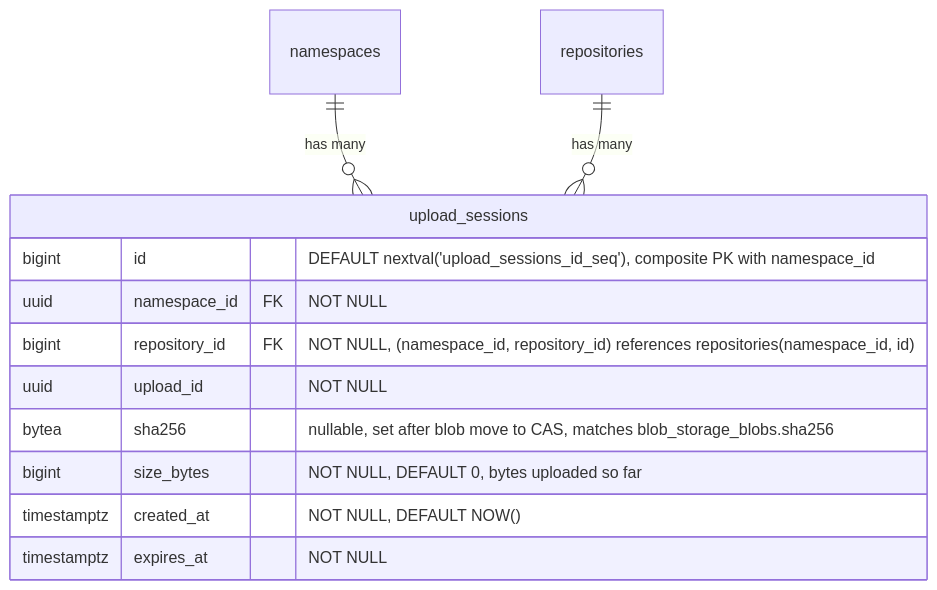
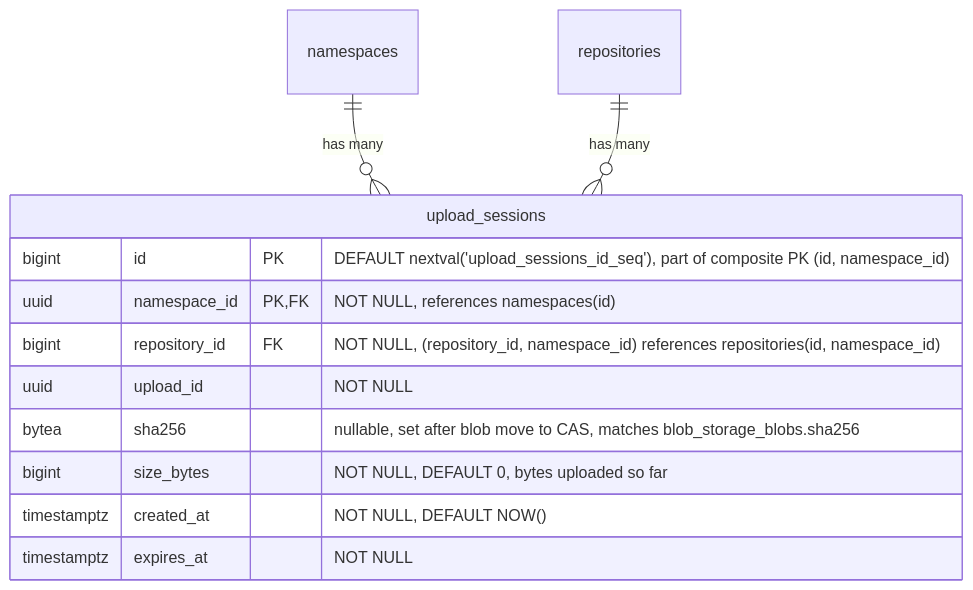
Before and after one commit to kyama0/gitlab-handbook-ja: diagram 17 of 19 in content/handbook/engineering/architecture/design-documents/artifact_registry/decisions/007_database_schema.md, drawn with Mermaid. The commit also changed other lines of this file and 7 other files, not shown here.

````diff
--- a/content/handbook/engineering/architecture/design-documents/artifact_registry/decisions/007_database_schema.md
+++ b/content/handbook/engineering/architecture/design-documents/artifact_registry/decisions/007_database_schema.md
@@ -1344,16 +1415,16 @@
 ```mermaid
 erDiagram
     namespaces ||--o{ upload_sessions : "has many"
     repositories ||--o{ upload_sessions : "has many"
 
     upload_sessions {
-        bigint id "DEFAULT nextval('upload_sessions_id_seq'), composite PK with namespace_id"
-        uuid namespace_id FK "NOT NULL"
-        bigint repository_id FK "NOT NULL, (namespace_id, repository_id) references repositories(namespace_id, id)"
+        bigint id PK "DEFAULT nextval('upload_sessions_id_seq'), part of composite PK (id, namespace_id)"
+        uuid namespace_id PK,FK "NOT NULL, references namespaces(id)"
+        bigint repository_id FK "NOT NULL, (repository_id, namespace_id) references repositories(id, namespace_id)"
         uuid upload_id "NOT NULL"
         bytea sha256 "nullable, set after blob move to CAS, matches blob_storage_blobs.sha256"
         bigint size_bytes "NOT NULL, DEFAULT 0, bytes uploaded so far"
         timestamptz created_at "NOT NULL, DEFAULT NOW()"
         timestamptz expires_at "NOT NULL"
     }
 ```
````
